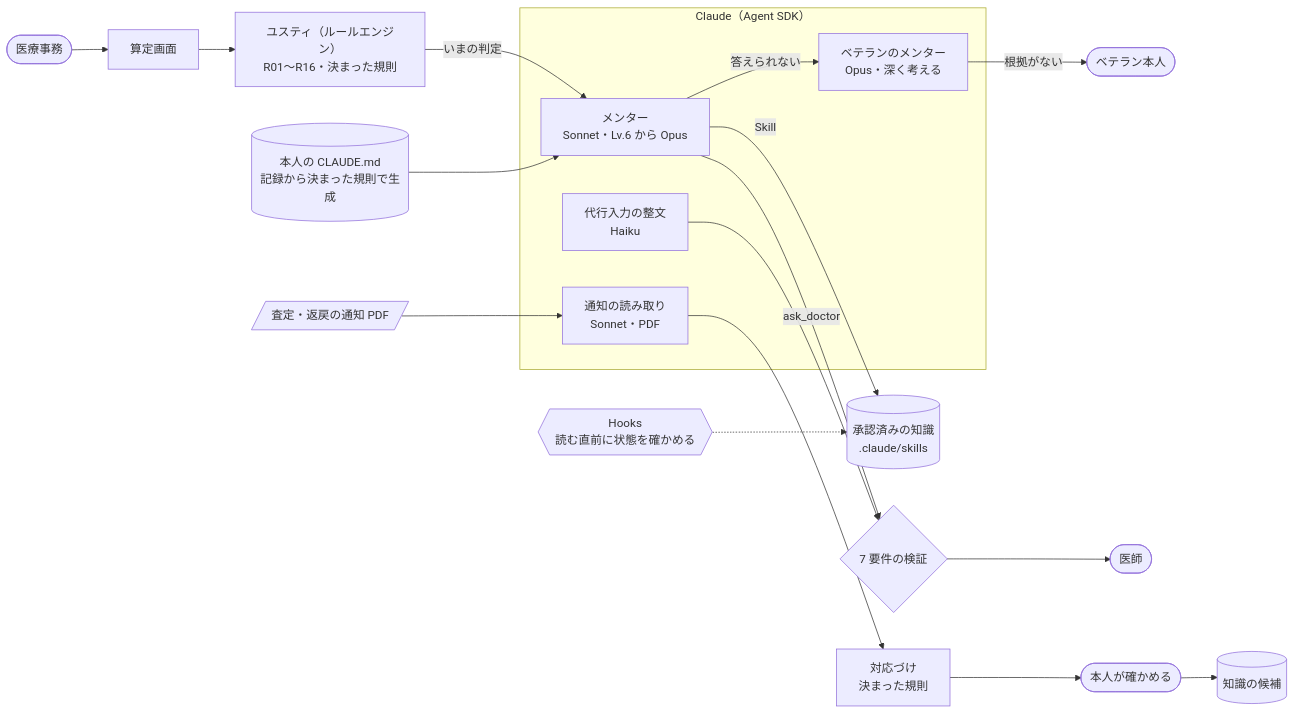
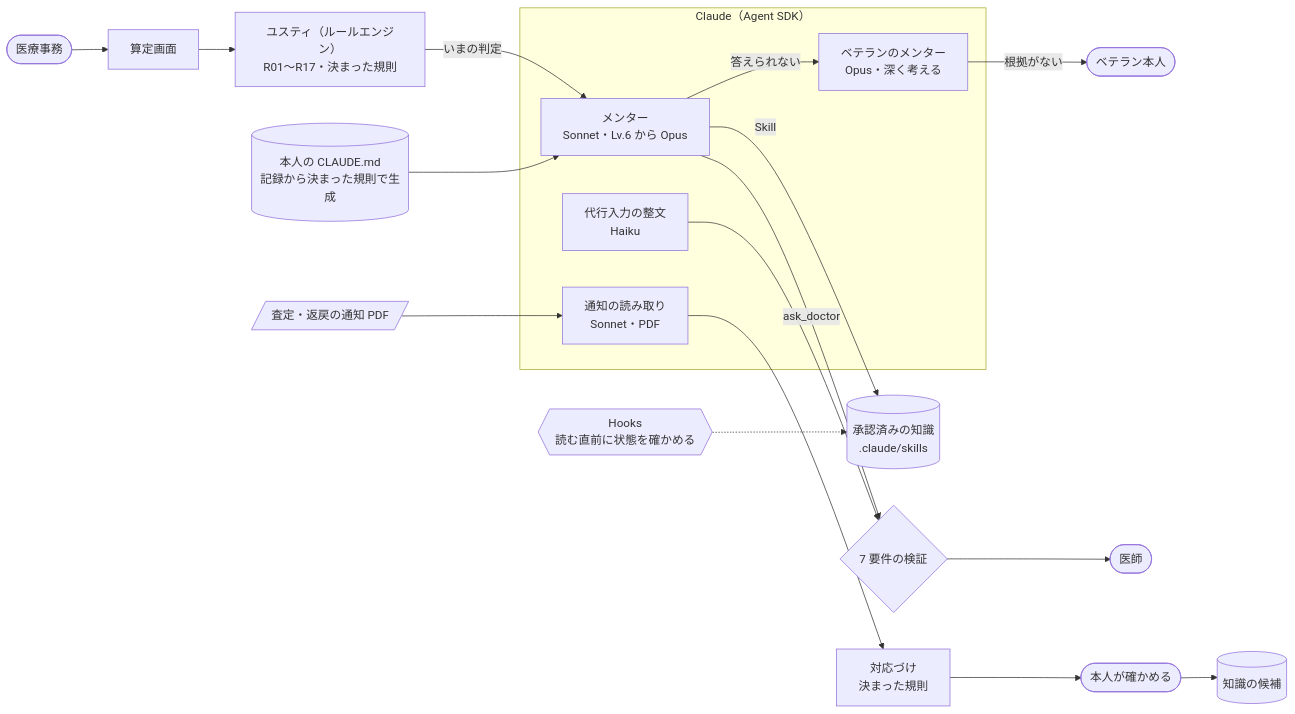
One commit to toshi-naka-boop/iji-context changed the second of 2 diagrams in README.md. Above: the diagram before and after it, drawn with Mermaid. The commit also changed other lines of this file, not shown here.

````diff
--- a/README.md
+++ b/README.md
@@ -162,19 +162,19 @@
 ```mermaid
 flowchart LR
   clerk([医療事務]) --> ui[算定画面]
-  ui --> engine[ユスティ（ルールエンジン）<br>R01〜R16・決まった規則]
+  ui --> engine[ユスティ（ルールエンジン）<br>R01〜R17・決まった規則]
   engine -- いまの判定 --> mentor
   subgraph claude[Claude（Agent SDK）]
     mentor[メンター<br>Sonnet・Lv.6 から Opus]
     vet[ベテランのメンター<br>Opus・深く考える]
     scribe[代行入力の整文<br>Haiku]
     notice[通知の読み取り<br>Sonnet・PDF]
   end
   mentor -- Skill --> skills[(承認済みの知識<br>.claude/skills)]
   hooks{{Hooks<br>読む直前に状態を確かめる}} -.-> skills
   memo[(本人の CLAUDE.md<br>記録から決まった規則で生成)] --> mentor
   mentor -- 答えられない --> vet -- 根拠がない --> human([ベテラン本人])
   mentor -- ask_doctor --> check{7 要件の検証} --> doctor([医師])
   scribe --> check
   pdf[/査定・返戻の通知 PDF/] --> notice --> map[対応づけ<br>決まった規則] --> person([本人が確かめる]) --> knowledge[(知識の候補)]
 ```
````
